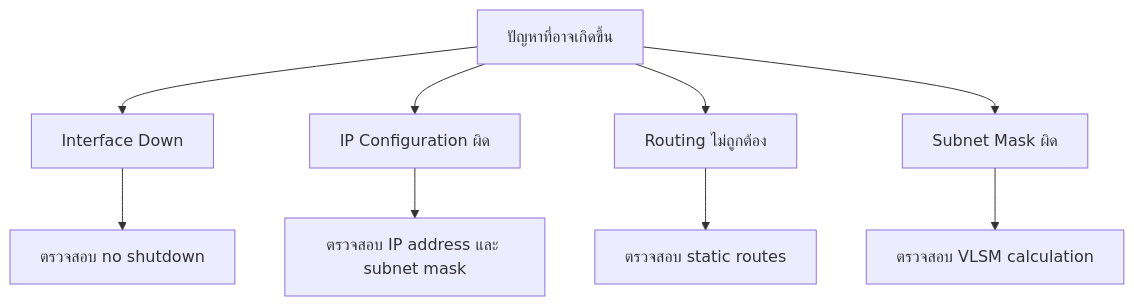
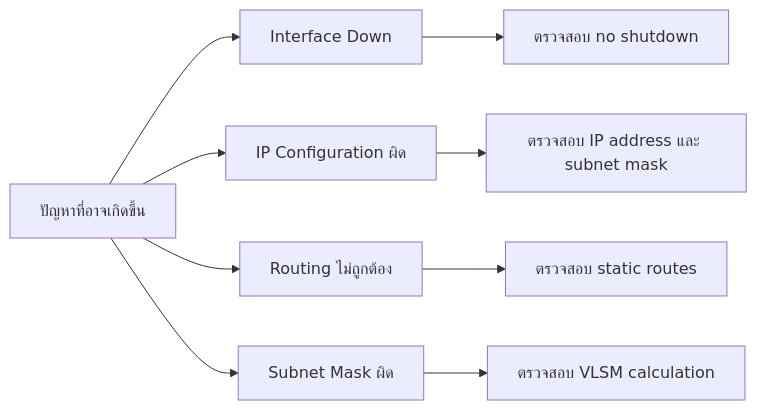
Before and after one commit to TaiChi112/Documents: the eighth of 9 diagrams in Computer_Network/problems/SOLUTION6.md, drawn with Mermaid. The commit also changed other lines of this file, not shown here.

````diff
--- a/Computer_Network/problems/SOLUTION6.md
+++ b/Computer_Network/problems/SOLUTION6.md
@@ -692,18 +692,18 @@
 ```mermaid
-flowchart TD
+flowchart LR
     P[ปัญหาที่อาจเกิดขึ้น] --> P1[Interface Down]
     P --> P2[IP Configuration ผิด]
     P --> P3[Routing ไม่ถูกต้อง]
     P --> P4[Subnet Mask ผิด]
     
     P1 --> S1[ตรวจสอบ no shutdown]
     P2 --> S2[ตรวจสอบ IP address และ subnet mask]
     P3 --> S3[ตรวจสอบ static routes]
     P4 --> S4[ตรวจสอบ VLSM calculation]
     
     %% style P fill:#ff6b6b
     %% style S1 fill:#6bcf7f
     %% style S2 fill:#6bcf7f
     %% style S3 fill:#6bcf7f
     %% style S4 fill:#6bcf7f
 ```
````
